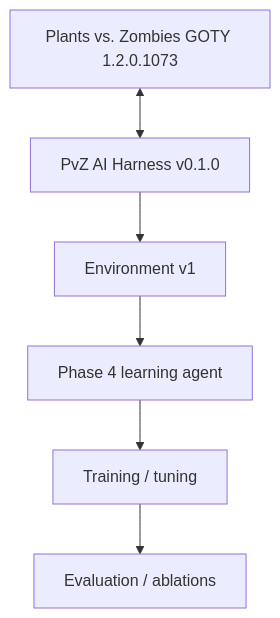
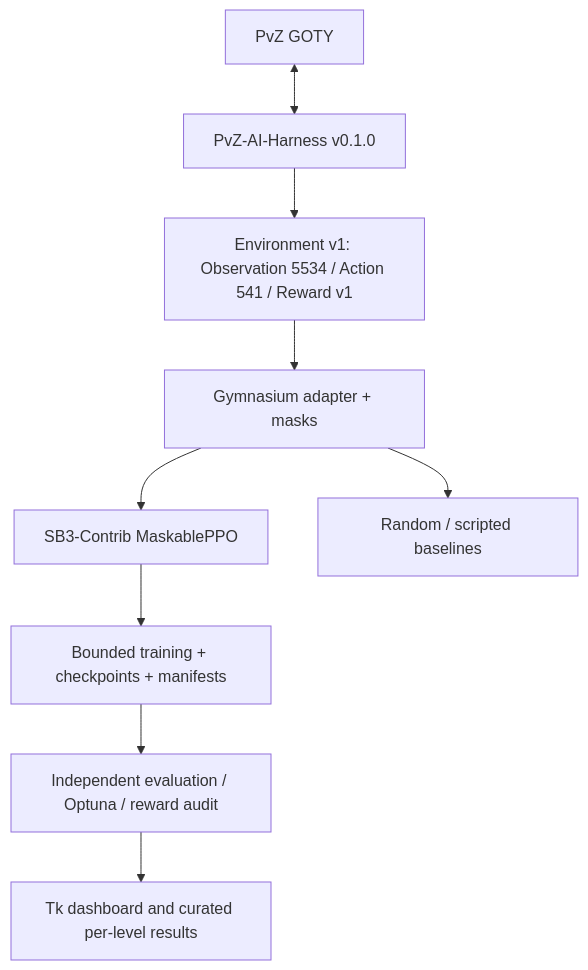
One commit to b3d012/PvZ-DeepLearning changed the diagram in README.md. Above: the diagram before and after it, drawn with Mermaid. The commit also changed other lines of this file and 8 other files, not shown here.

````diff
--- a/README.md
+++ b/README.md
@@ -11,14 +7,11 @@
 ```mermaid
 flowchart TD
-    G[Plants vs. Zombies GOTY 1.2.0.1073]
-    H[PvZ AI Harness v0.1.0]
-    E[Environment v1]
-    A[Phase 4 learning agent]
-    T[Training / tuning]
-    V[Evaluation / ablations]
-    G <--> H
-    H --> E
-    E --> A
-    A --> T
-    T --> V
+    G[PvZ GOTY] <--> H[PvZ-AI-Harness v0.1.0]
+    H --> E[Environment v1: Observation 5534 / Action 541 / Reward v1]
+    E --> A[Gymnasium adapter + masks]
+    A --> P[SB3-Contrib MaskablePPO]
+    A --> B[Random / scripted baselines]
+    P --> T[Bounded training + checkpoints + manifests]
+    T --> V[Independent evaluation / Optuna / reward audit]
+    V --> D[Tk dashboard and curated per-level results]
 ```
````
